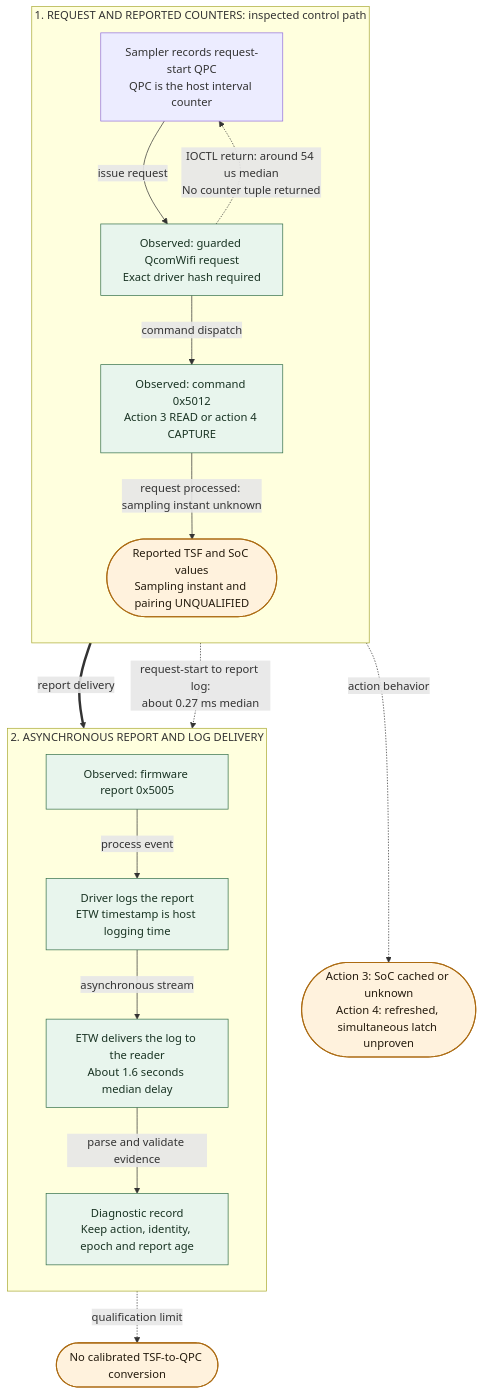
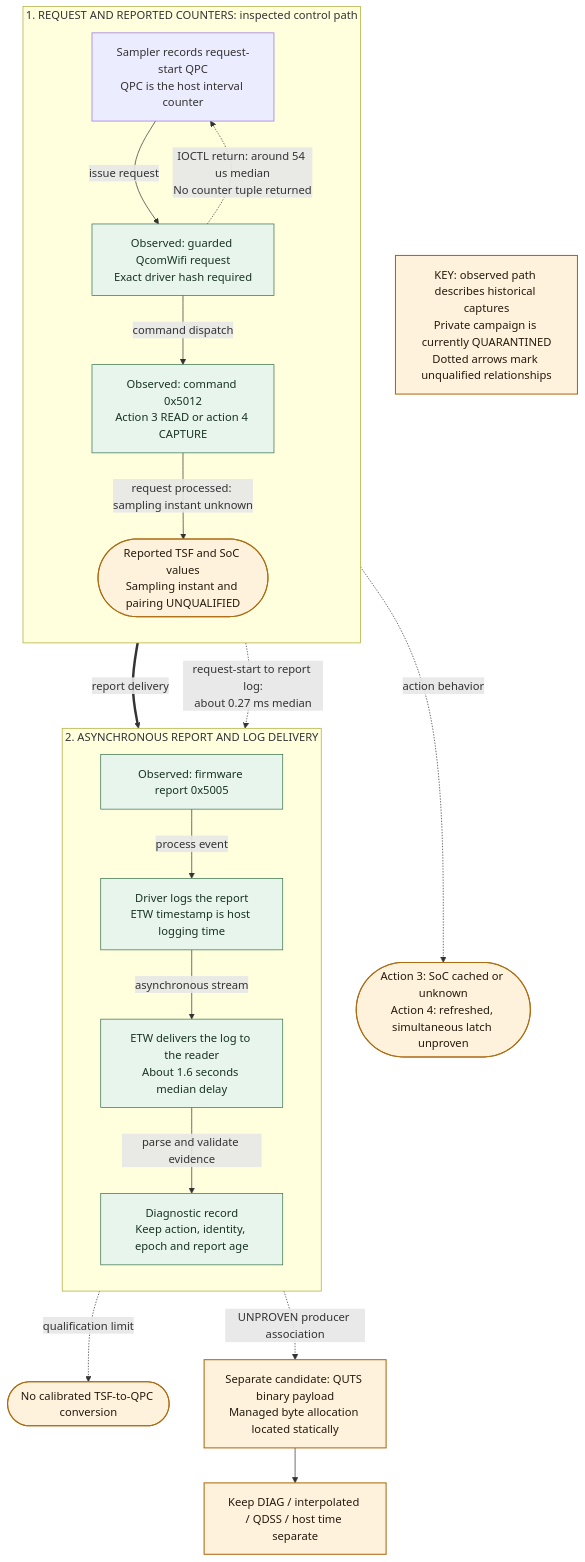
One commit to Protonmatter/wifi-hardware-time changed the diagram in docs/tsf/README.md. Above: the diagram before and after it, drawn with Mermaid. The commit also changed other lines of this file and 123 other files, not shown here.

````diff
--- a/docs/tsf/README.md
+++ b/docs/tsf/README.md
@@ -22,32 +26,35 @@
 ```mermaid
 flowchart TB
   subgraph REQ["1. REQUEST AND REPORTED COUNTERS: inspected control path"]
     direction TB
     A["Sampler records request-start QPC<br/>QPC is the host interval counter"]
     B["Observed: guarded QcomWifi request<br/>Exact driver hash required"]
     C["Observed: command 0x5012<br/>Action 3 READ or action 4 CAPTURE"]
     D(["Reported TSF and SoC values<br/>Sampling instant and pairing UNQUALIFIED"])
     A -->|issue request| B
     B -->|command dispatch| C
     C -->|request processed: sampling instant unknown| D
     B -. "IOCTL return: around 54 us median<br/>No counter tuple returned" .-> A
   end
   subgraph REP["2. ASYNCHRONOUS REPORT AND LOG DELIVERY"]
     direction TB
     E["Observed: firmware report 0x5005"]
     F["Driver logs the report<br/>ETW timestamp is host logging time"]
     G["ETW delivers the log to the reader<br/>About 1.6 seconds median delay"]
     H["Diagnostic record<br/>Keep action, identity, epoch and report age"]
     E -->|process event| F
     F -->|asynchronous stream| G
     G -->|parse and validate evidence| H
   end
   D ==>|report delivery| E
   A -. "request-start to report log:<br/>about 0.27 ms median" .-> F
   D -. "action behavior" .-> U(["Action 3: SoC cached or unknown<br/>Action 4: refreshed, simultaneous latch unproven"])
   H -. "qualification limit" .-> X(["No calibrated TSF-to-QPC conversion"])
+  E -. "UNPROVEN producer association" .-> V["Separate candidate: QUTS binary payload<br/>Managed byte allocation located statically"]
+  V --> Z["Keep DIAG / interpolated / QDSS / host time separate"]
+  KEY["KEY: observed path describes historical captures<br/>Private campaign is currently QUARANTINED<br/>Dotted arrows mark unqualified relationships"]
   classDef gap fill:#fff2dd,stroke:#ac6b12,stroke-width:1.5px,color:#241b0e;
   classDef seen fill:#e8f5ed,stroke:#34704a,color:#193323;
-  class D,U,X gap;
+  class D,U,X,V,Z,KEY gap;
   class B,C,E,F,G,H seen;
 ```
````
